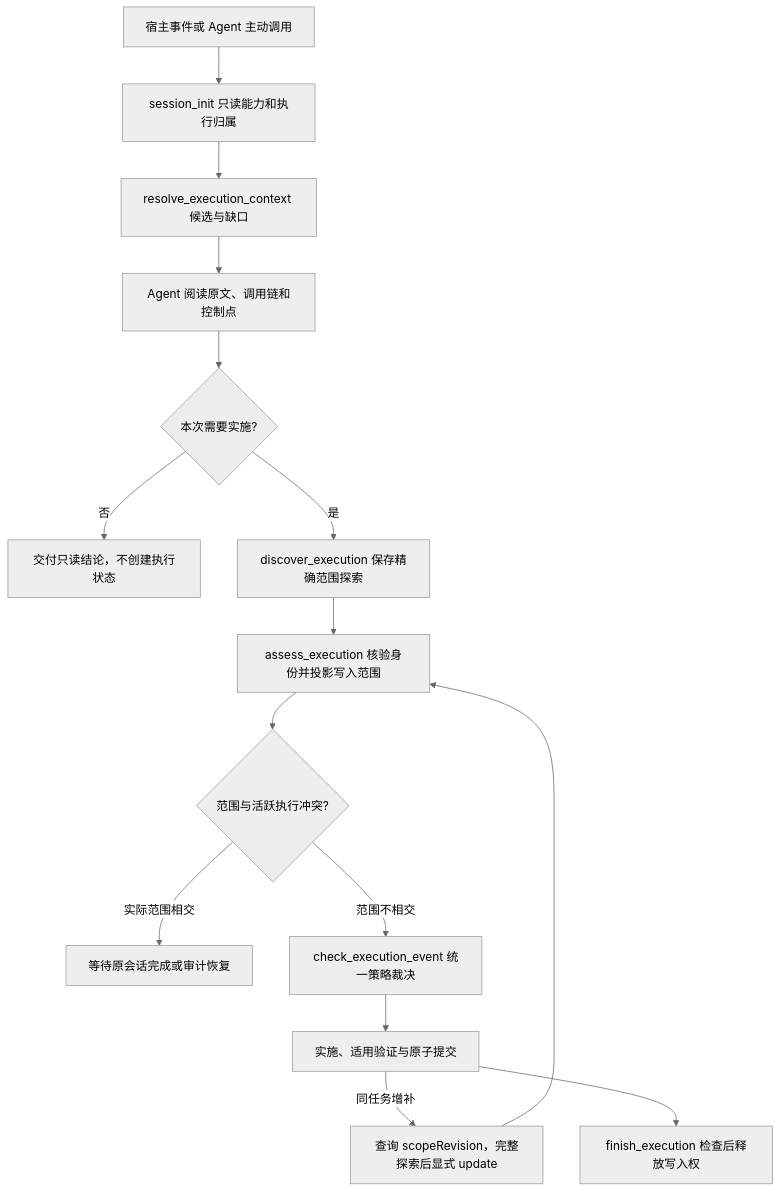
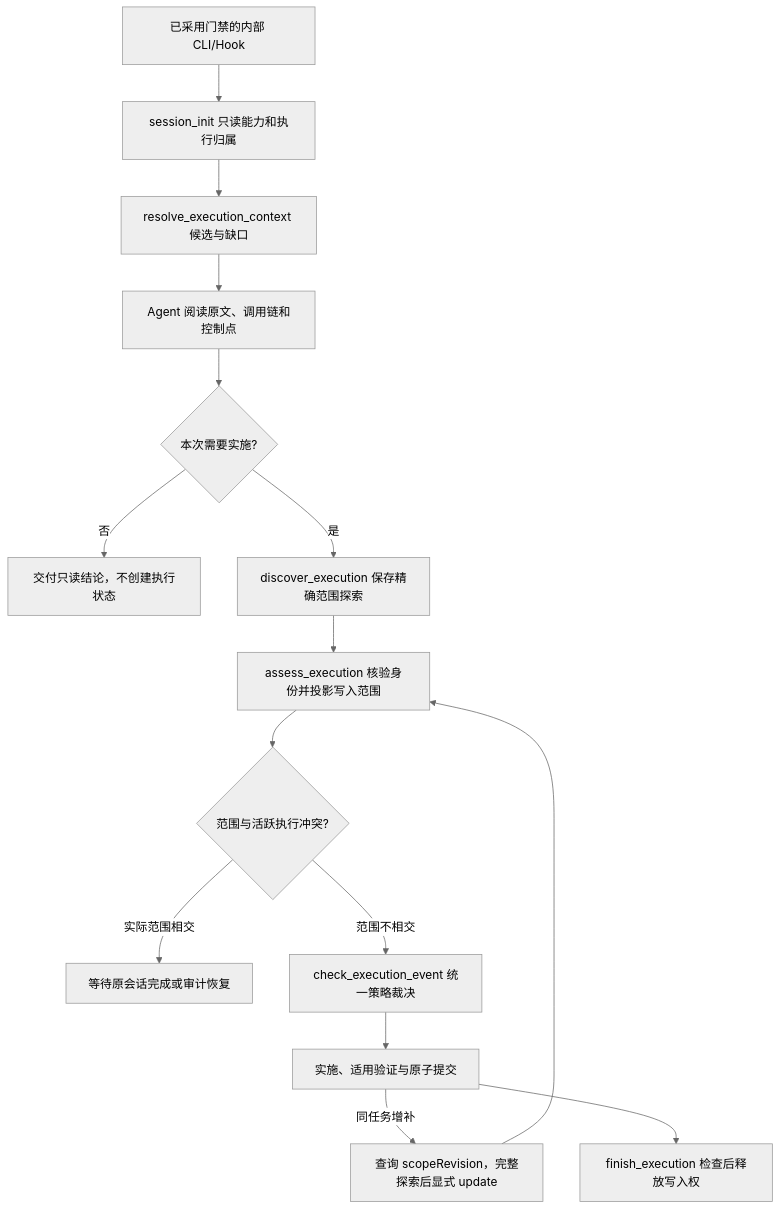
Before and after one commit to exception-coder/kai-toolbox: the fifth of 37 diagrams in docs/ai-coding-architecture.md, drawn with Mermaid (neutral theme). The commit also changed other lines of this file and 15 other files, not shown here.

````diff
--- a/docs/ai-coding-architecture.md
+++ b/docs/ai-coding-architecture.md
@@ -108,17 +125,17 @@
 ```mermaid
 flowchart TD
-    HOST["宿主事件或 Agent 主动调用"] --> INIT["session_init 只读能力和执行归属"]
+    HOST["已采用门禁的内部 CLI/Hook"] --> INIT["session_init 只读能力和执行归属"]
     INIT --> CONTEXT["resolve_execution_context 候选与缺口"]
     CONTEXT --> AGENT["Agent 阅读原文、调用链和控制点"]
     AGENT --> INTENT{"本次需要实施?"}
     INTENT -->|"否"| ANSWER["交付只读结论，不创建执行状态"]
     INTENT -->|"是"| DISCOVER["discover_execution 保存精确范围探索"]
     DISCOVER --> ASSESS["assess_execution 核验身份并投影写入范围"]
     ASSESS --> CLAIM{"范围与活跃执行冲突?"}
     CLAIM -->|"实际范围相交"| WAIT["等待原会话完成或审计恢复"]
     CLAIM -->|"范围不相交"| EVENT["check_execution_event 统一策略裁决"]
     EVENT --> EDIT["实施、适用验证与原子提交"]
     EDIT -->|"同任务增补"| EXPAND["查询 scopeRevision，完整探索后显式 update"]
     EXPAND --> ASSESS
     EDIT --> FINISH["finish_execution 检查后释放写入权"]
 ```
````
